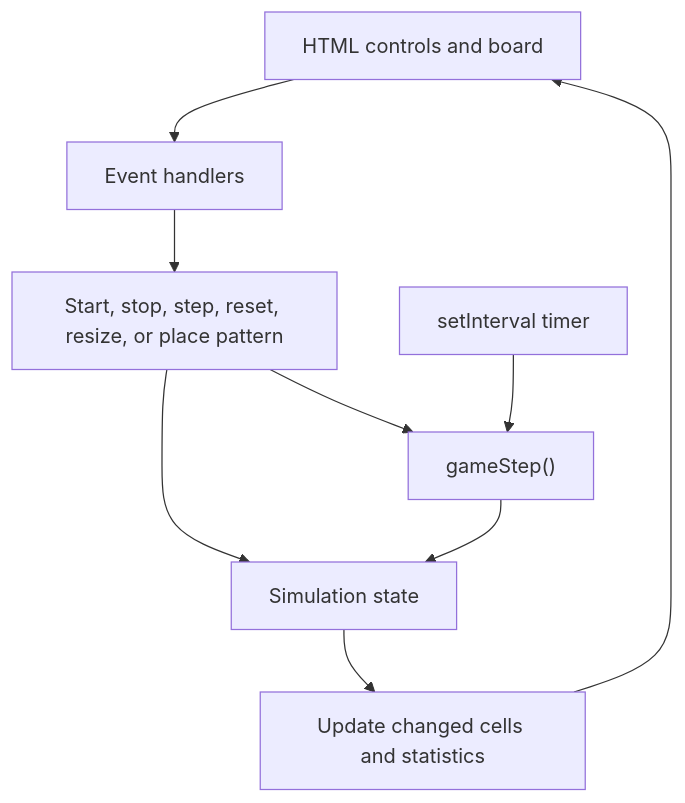
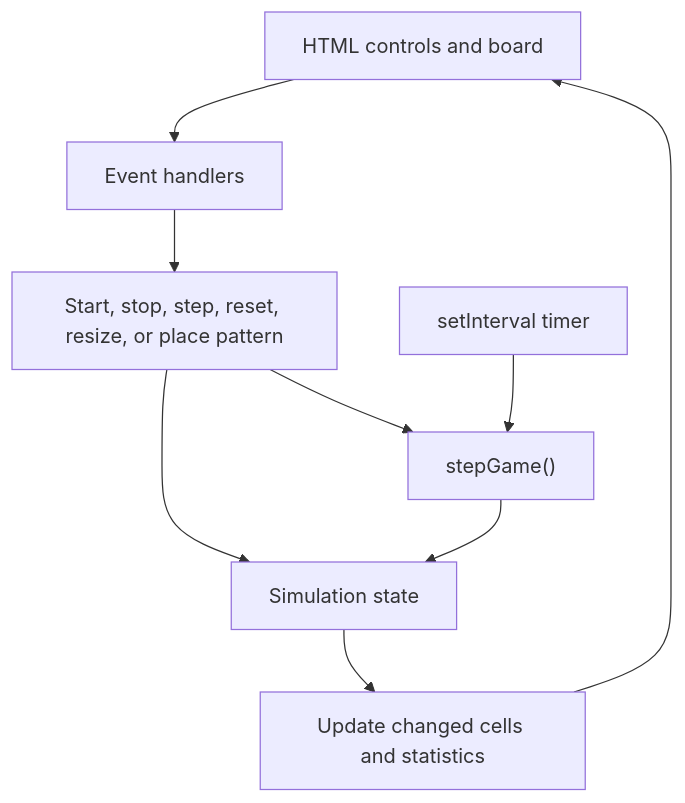
One commit to andpia/game-of-life changed the diagram in ARCHITECTURE.md. Above: the diagram before and after it, drawn with Mermaid. The commit also changed other lines of this file and 1 other file, not shown here.

Commit message:
Refactor game logic and variable names for clarity; update function names and improve comments

````diff
--- a/ARCHITECTURE.md
+++ b/ARCHITECTURE.md
@@ -37,11 +37,11 @@
 ```mermaid
 flowchart TD
     UI["HTML controls and board"] --> Events["Event handlers"]
     Events --> Actions["Start, stop, step, reset, resize, or place pattern"]
     Actions --> State["Simulation state"]
-    Timer["setInterval timer"] --> Step["gameStep()"]
+    Timer["setInterval timer"] --> Step["stepGame()"]
     Actions --> Step
     Step --> State
     State --> Render["Update changed cells and statistics"]
     Render --> UI
 ```
````
